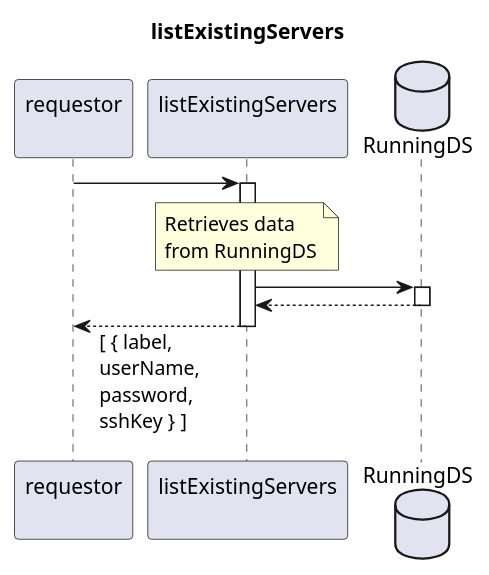
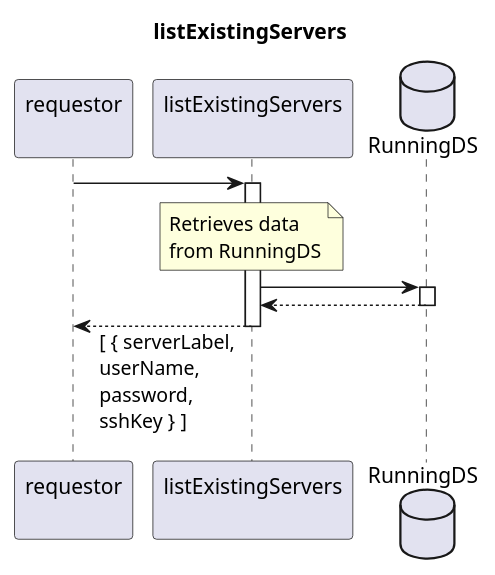
The diagram in spec/Services/listExistingServers/1.0.0/listExistingServers.plantuml (openBackhaul/FirmWareManager), drawn with PlantUML before and after one commit. The commit also changed 13 other files, not shown here.

```diff
--- a/spec/Services/listExistingServers/1.0.0/listExistingServers.plantuml
+++ b/spec/Services/listExistingServers/1.0.0/listExistingServers.plantuml
@@ -1,27 +1,27 @@
 @startuml listExistingServers
 skinparam responseMessageBelowArrow true
 
 title
   listExistingServers
 end title
 
 participant "requestor\n" as requestor
 participant "listExistingServers\n" as lServer
 database "RunningDS" as RunDS
 
 requestor -> lServer
 activate lServer
 
   note over lServer
     Retrieves data
     from RunningDS
   end note
   lServer -> RunDS
   activate RunDS
   lServer <-- RunDS
   deactivate RunDS
 
-requestor <-- lServer: [ { label,\nuserName,\npassword,\nsshKey } ]
+requestor <-- lServer: [ { serverLabel,\nuserName,\npassword,\nsshKey } ]
 deactivate lServer
 
 @enduml
```
